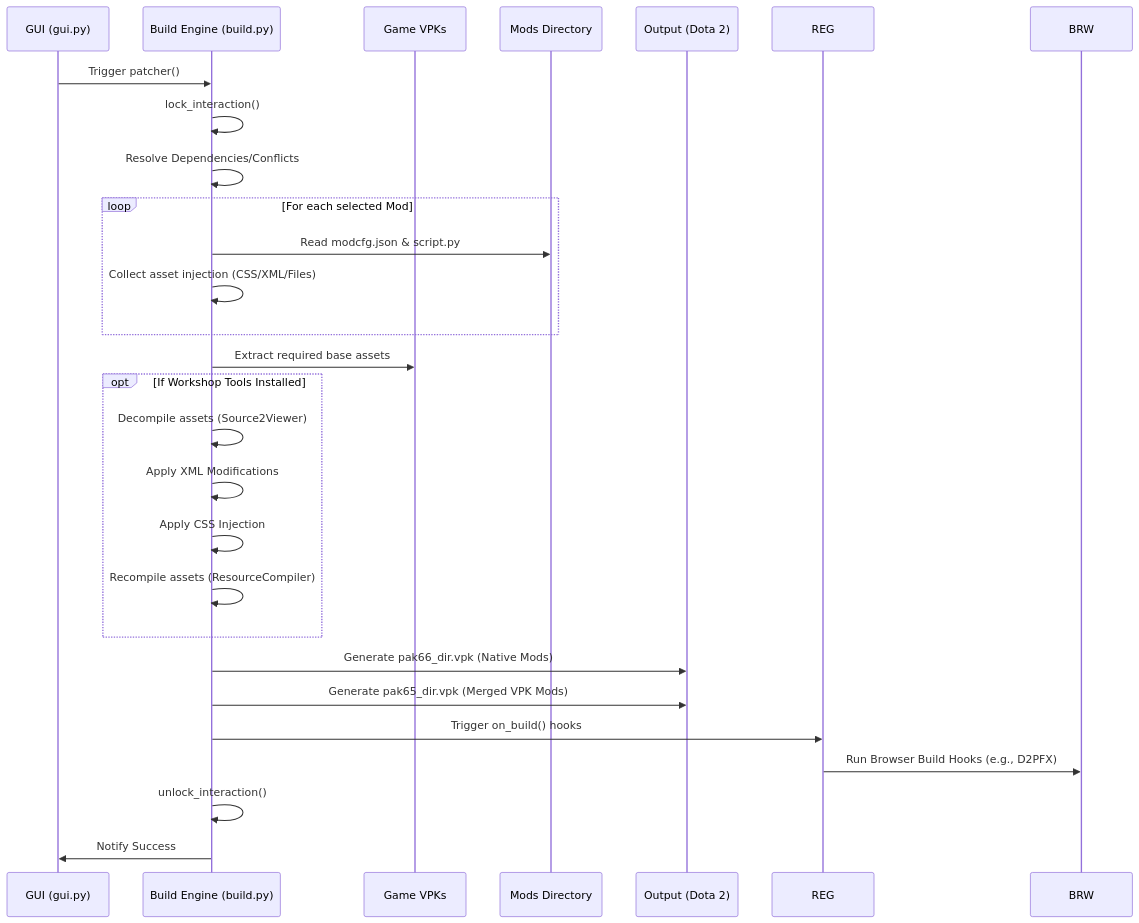
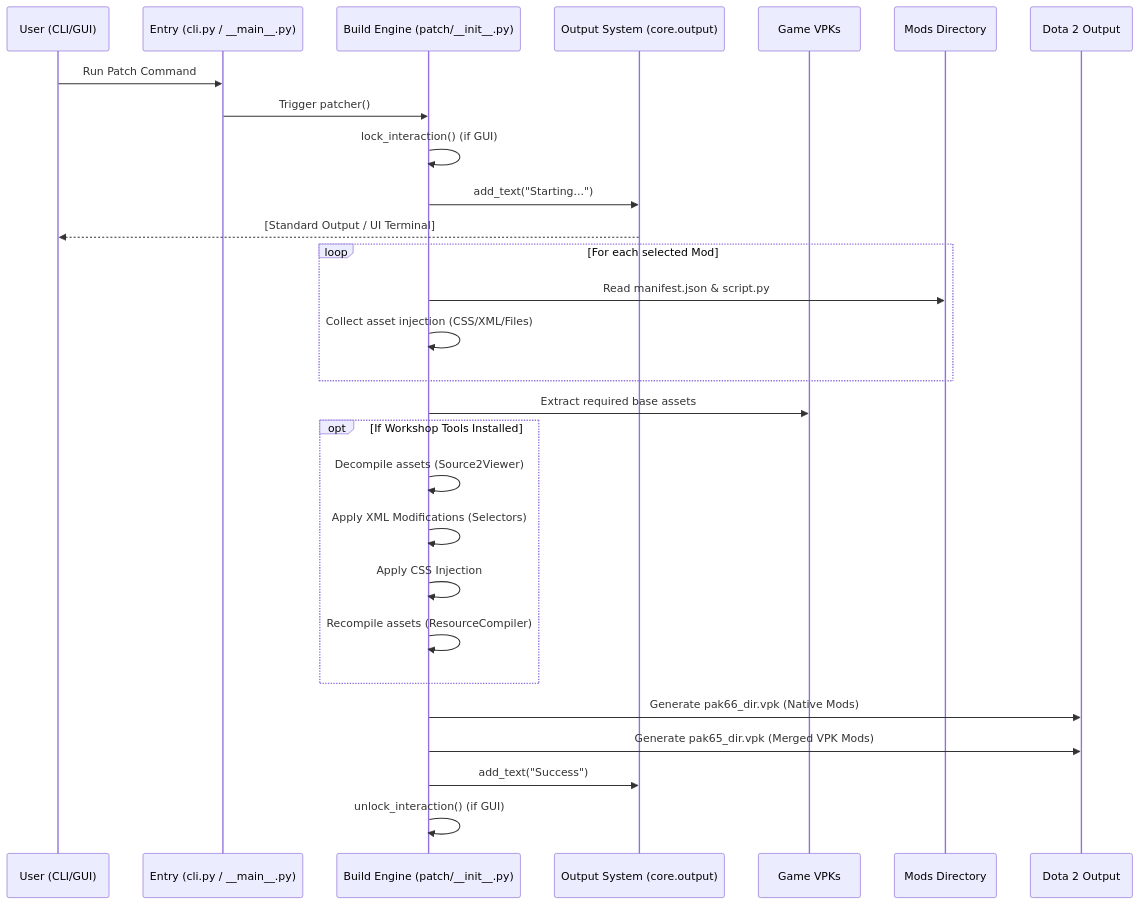
One commit to Egezenn/dota2-minify changed the first of 2 diagrams in ARCHITECTURE.md. Above: the diagram before and after it, drawn with Mermaid. The commit also changed other lines of this file and 83 other files, not shown here.

Commit message:
`patch` module - modcfg.json -> manifest.json - xml_mod.json -> xml.json - Proper locks, non-blocking patch - Basic CLI - Fixes for dependency calls - CSS like selectors for XML (DOTAXThing#Thing.Thing[attrib="val"]) - Only push symbol dumps on stable releases

````diff
--- a/ARCHITECTURE.md
+++ b/ARCHITECTURE.md
@@ -49,37 +54,38 @@
 ```mermaid
 
 sequenceDiagram
-participant UI as GUI (gui.py)
-participant BLD as Build Engine (build.py)
+participant USER as User (CLI/GUI)
+participant ENT as Entry (cli.py / __main__.py)
+participant BLD as Build Engine (patch/__init__.py)
+participant OUT_SYS as Output System (core.output)
 participant VPK as Game VPKs
 participant MOD as Mods Directory
-participant OUT as Output (Dota 2)
+participant DOTA as Dota 2 Output
 
-UI->>BLD: Trigger patcher()
-BLD->>BLD: lock_interaction()
-BLD->>BLD: Resolve Dependencies/Conflicts
+USER->>ENT: Run Patch Command
+ENT->>BLD: Trigger patcher()
+BLD->>BLD: lock_interaction() (if GUI)
+BLD->>OUT_SYS: add_text("Starting...")
+OUT_SYS-->>USER: [Standard Output / UI Terminal]
 
 loop For each selected Mod
-    BLD->>MOD: Read modcfg.json & script.py
+    BLD->>MOD: Read manifest.json & script.py
     BLD->>BLD: Collect asset injection (CSS/XML/Files)
 end
 
 BLD->>VPK: Extract required base assets
 
 opt If Workshop Tools Installed
     BLD->>BLD: Decompile assets (Source2Viewer)
-    BLD->>BLD: Apply XML Modifications
+    BLD->>BLD: Apply XML Modifications (Selectors)
     BLD->>BLD: Apply CSS Injection
     BLD->>BLD: Recompile assets (ResourceCompiler)
 end
 
-BLD->>OUT: Generate pak66_dir.vpk (Native Mods)
-BLD->>OUT: Generate pak65_dir.vpk (Merged VPK Mods)
+BLD->>DOTA: Generate pak66_dir.vpk (Native Mods)
+BLD->>DOTA: Generate pak65_dir.vpk (Merged VPK Mods)
 
-BLD->>REG: Trigger on_build() hooks
-REG->>BRW: Run Browser Build Hooks (e.g., D2PFX)
-
-BLD->>BLD: unlock_interaction()
-BLD->>UI: Notify Success
+BLD->>OUT_SYS: add_text("Success")
+BLD->>BLD: unlock_interaction() (if GUI)
 
 ```
````
